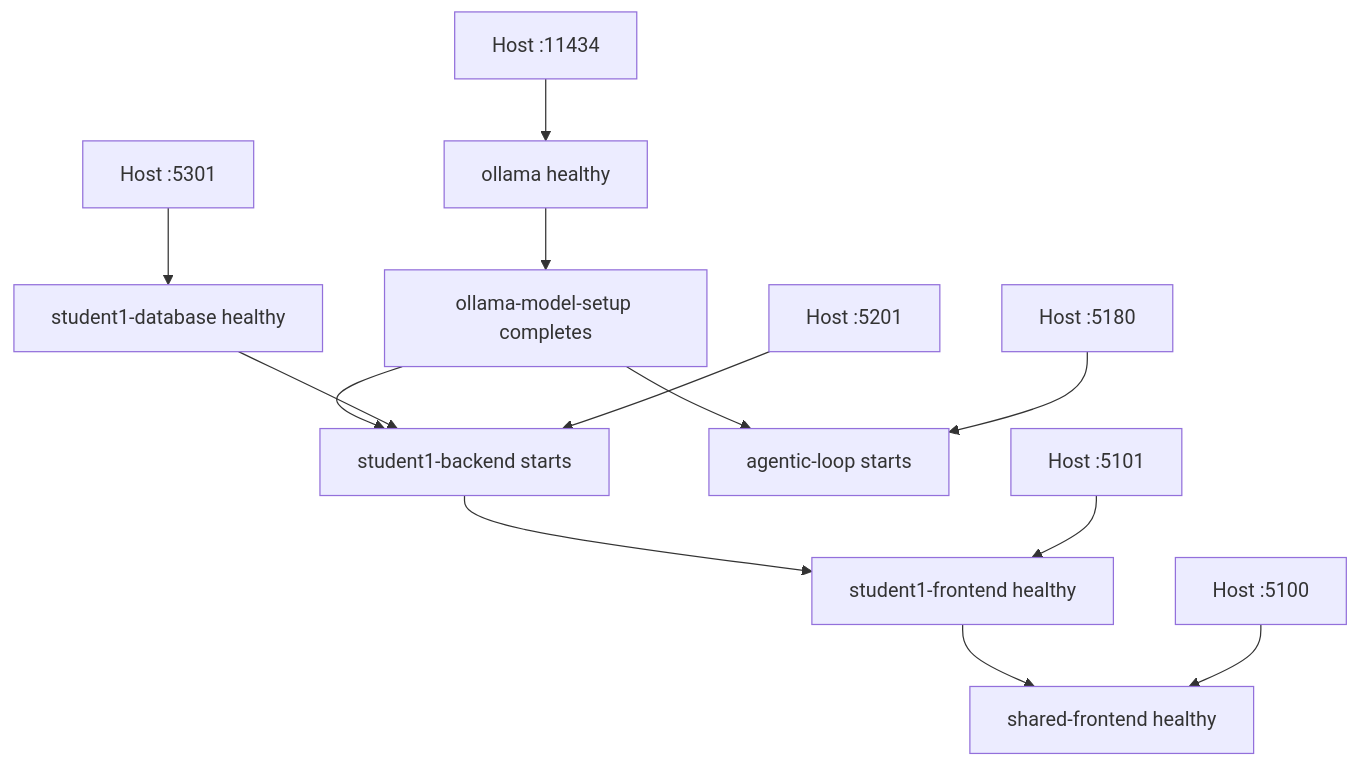
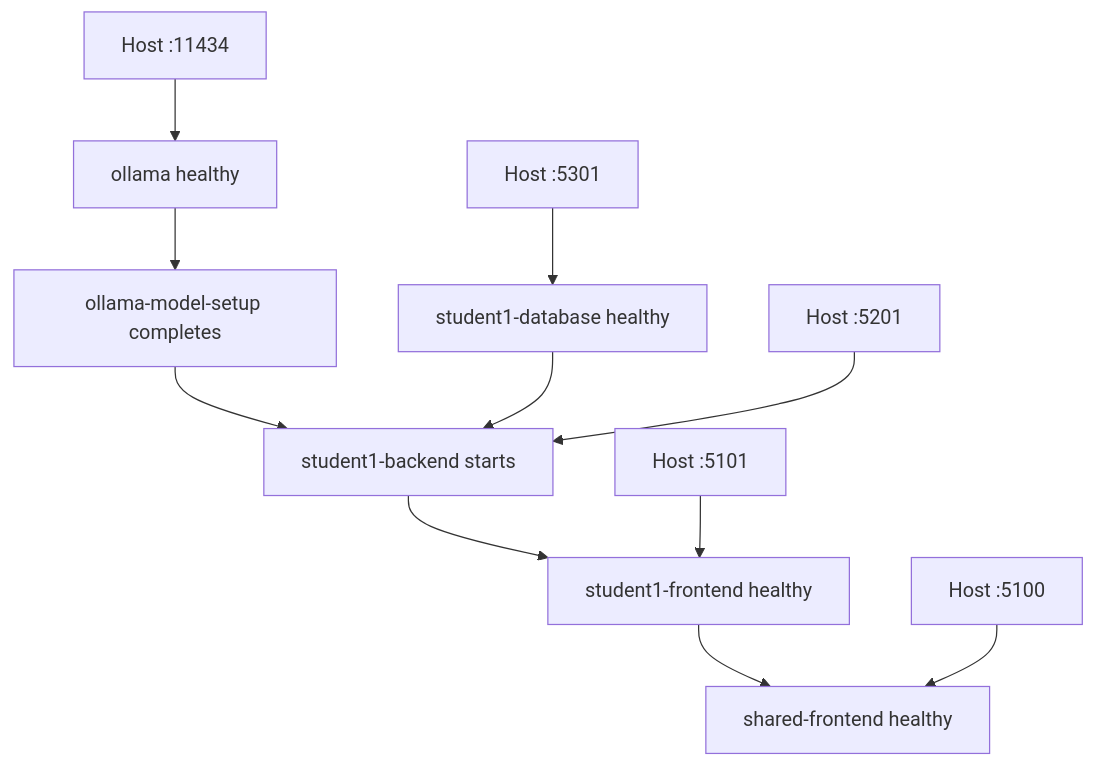
The fourth of 4 diagrams in student-1/docs/architecture.md (LucLeMoenic/Advanced-Software-Development-Project), drawn with Mermaid before and after one commit. The commit also changed other lines of this file and 11 other files, not shown here.

````diff
--- a/student-1/docs/architecture.md
+++ b/student-1/docs/architecture.md
@@ -226,16 +155,14 @@
 ```mermaid
 flowchart TD
     O[ollama healthy] --> M[ollama-model-setup completes]
     M --> B[student1-backend starts]
-    M --> A[agentic-loop starts]
     D[student1-database healthy] --> B
     B --> F[student1-frontend healthy]
     F --> S[shared-frontend healthy]
 
     H5100[Host :5100] --> S
     H5101[Host :5101] --> F
     H5201[Host :5201] --> B
     H5301[Host :5301] --> D
-    H5180[Host :5180] --> A
     H11434[Host :11434] --> O
 ```
````
